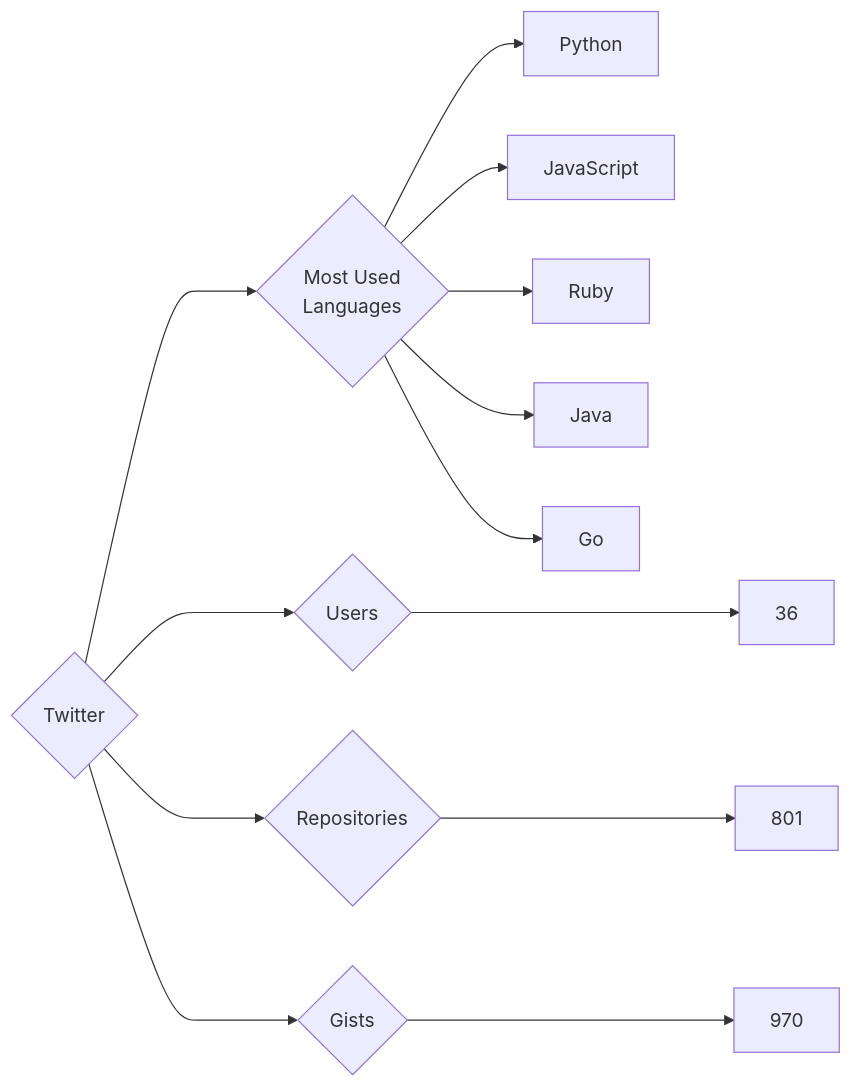
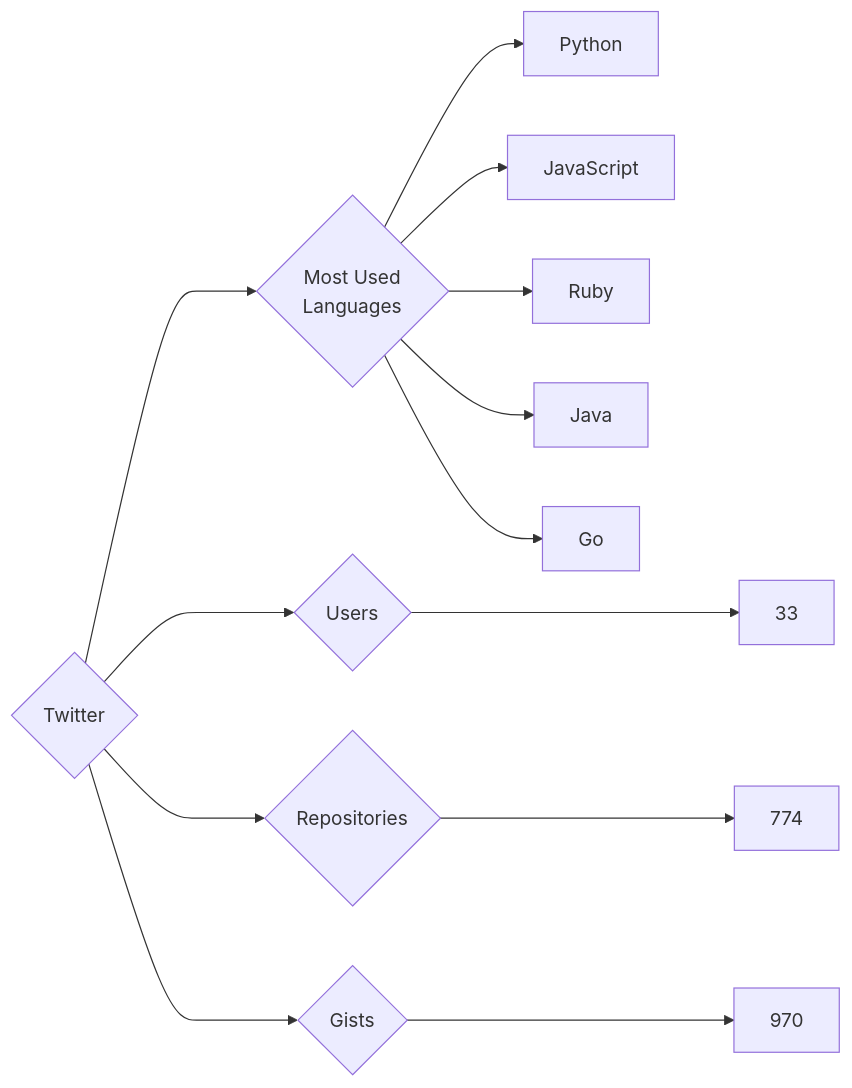
Before and after one commit to trickest/insiders: the diagram in targets/Twitter/README.md, drawn with Mermaid. The commit also changed 878 other files, not shown here.

````diff
--- a/targets/Twitter/README.md
+++ b/targets/Twitter/README.md
@@ -3,13 +3,13 @@
 ```mermaid
 graph LR
 COMPANY_NAME{Twitter}
-COMPANY_NAME ---> U{Users} ---> UN[36]
-COMPANY_NAME ---> R{Repositories} ---> RN[801]
+COMPANY_NAME ---> U{Users} ---> UN[33]
+COMPANY_NAME ---> R{Repositories} ---> RN[774]
 COMPANY_NAME ---> G{Gists} ---> GN[970]
 COMPANY_NAME ---> ML{Most Used<br>Languages}
 ML --> Python[Python]
 ML --> JavaScript[JavaScript]
 ML --> Ruby[Ruby]
 ML --> Java[Java]
 ML --> Go[Go]
 ```
````
